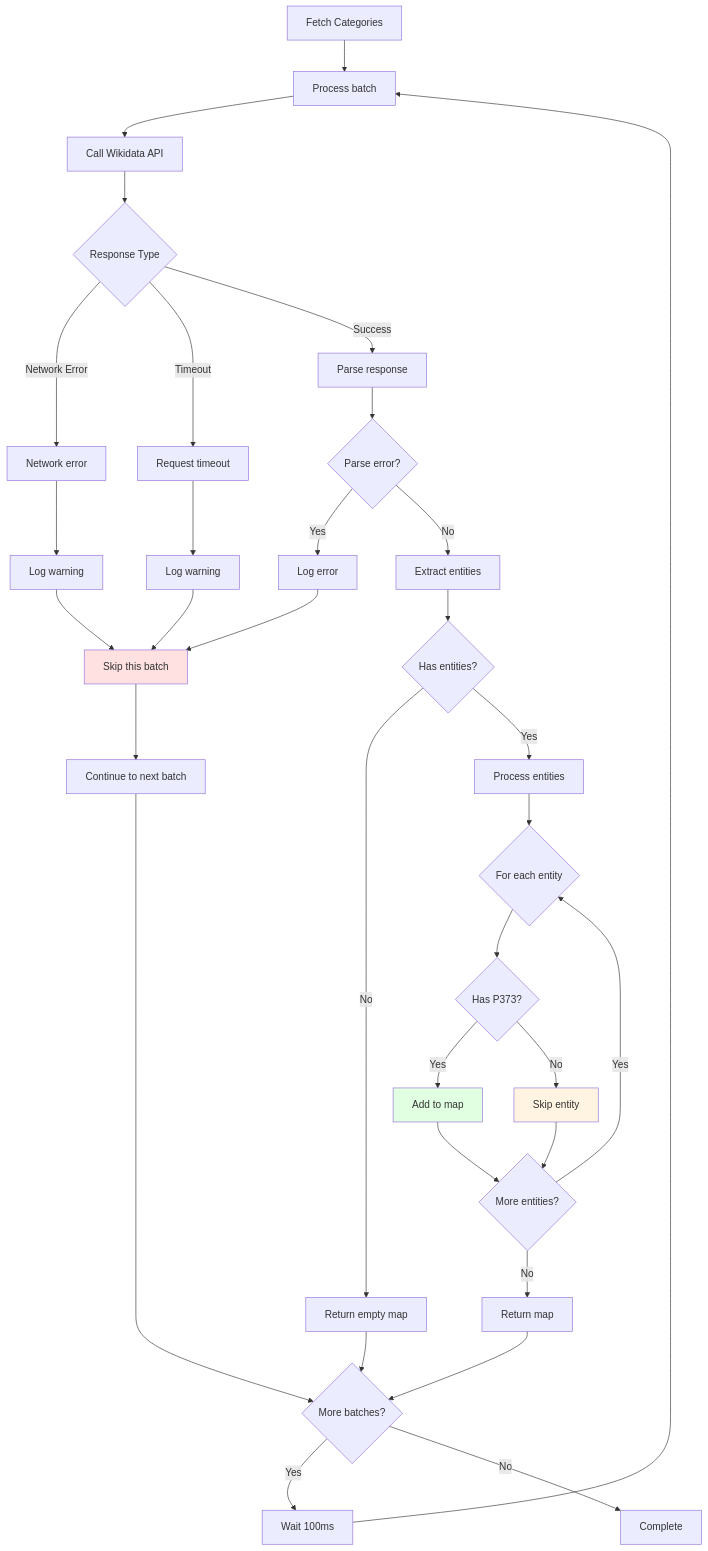
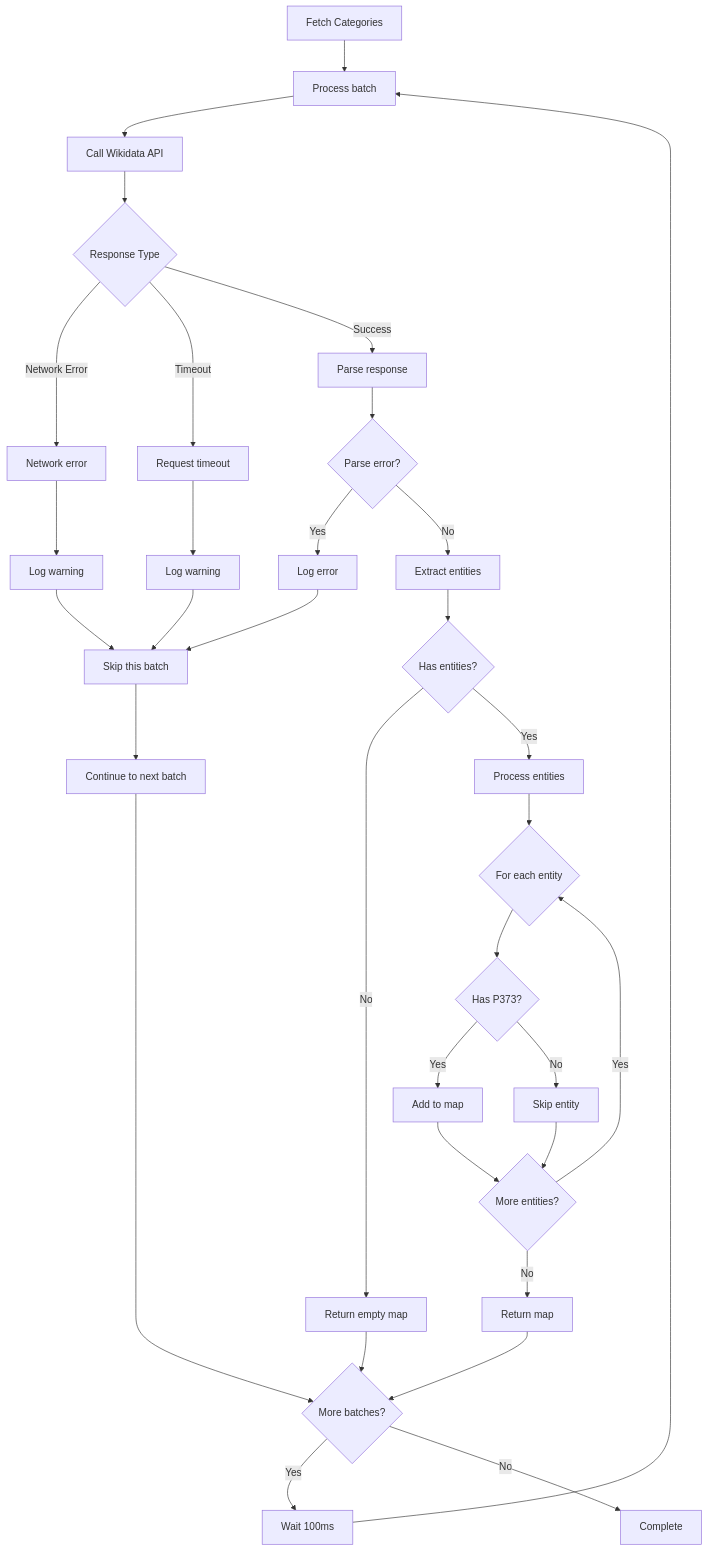
One commit to DaxServer/geocode-commons-categories changed diagram 12 of 19 in docs/import/error-handling.md. Above: the diagram before and after it, drawn with Mermaid. The commit also changed other lines of this file and 5 other files, not shown here.

````diff
--- a/docs/import/error-handling.md
+++ b/docs/import/error-handling.md
@@ -502,59 +479,56 @@
 ```mermaid
 graph TD
     START[Fetch Categories] --> BATCH_START[Process batch]
 
     BATCH_START --> API_CALL[Call Wikidata API]
 
     API_CALL --> RESPONSE{Response Type}
 
     RESPONSE -->|Network Error| NETWORK[Network error]
     RESPONSE -->|Timeout| TIMEOUT[Request timeout]
     RESPONSE -->|Success| PARSE[Parse response]
 
     NETWORK --> LOG_1[Log warning]
     TIMEOUT --> LOG_2[Log warning]
 
     LOG_1 --> SKIP_BATCH[Skip this batch]
     LOG_2 --> SKIP_BATCH
 
     SKIP_BATCH --> CONTINUE[Continue to next batch]
 
     PARSE --> PARSE_ERROR{Parse error?}
 
     PARSE_ERROR -->|Yes| LOG_3[Log error]
     PARSE_ERROR -->|No| EXTRACT[Extract entities]
 
     LOG_3 --> SKIP_BATCH
 
     EXTRACT --> HAS_ENTITIES{Has entities?}
 
     HAS_ENTITIES -->|No| EMPTY[Return empty map]
     HAS_ENTITIES -->|Yes| PROCESS[Process entities]
 
     PROCESS --> ENTITY_LOOP{For each entity}
 
     ENTITY_LOOP --> HAS_P373{Has P373?}
 
     HAS_P373 -->|Yes| ADD[Add to map]
     HAS_P373 -->|No| SKIP_ENTITY[Skip entity]
 
     ADD --> MORE_ENTITIES{More entities?}
     SKIP_ENTITY --> MORE_ENTITIES
 
     MORE_ENTITIES -->|Yes| ENTITY_LOOP
     MORE_ENTITIES -->|No| COMPLETE[Return map]
 
     EMPTY --> NEXT_BATCH{More batches?}
     COMPLETE --> NEXT_BATCH
 
     NEXT_BATCH -->|Yes| WAIT[Wait 100ms]
     WAIT --> BATCH_START
 
     NEXT_BATCH -->|No| DONE[Complete]
 
     CONTINUE --> NEXT_BATCH
 
-    style ADD fill:#e1ffe1
-    style SKIP_ENTITY fill:#fff4e1
-    style SKIP_BATCH fill:#ffe1e1
 ```
````
